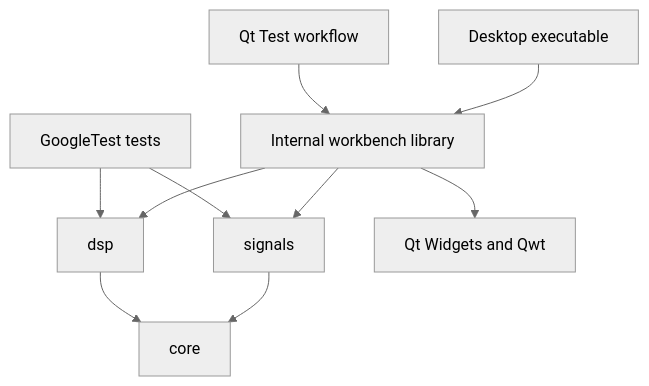
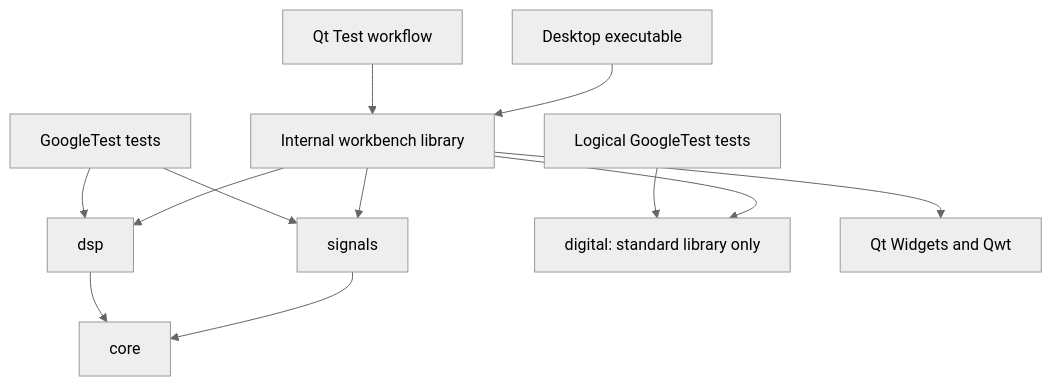
Before and after one commit to codyklein/open-ece: the diagram in docs/architecture.md, drawn with Mermaid (neutral theme). The commit also changed other lines of this file and 14 other files, not shown here.

Commit message:
Add Digital Logic editor and combinational workflow tests

````diff
--- a/docs/architecture.md
+++ b/docs/architecture.md
@@ -5,12 +5,14 @@
 ```mermaid
 flowchart TD
     App[Desktop executable] --> UI[Internal workbench library]
     UI --> Signals[signals]
     UI --> DSP[dsp]
+    UI --> Digital[digital: standard library only]
+    DigitalTests[Logical GoogleTest tests] --> Digital
     UI --> Qt[Qt Widgets and Qwt]
     Signals --> Core[core]
     DSP --> Core
     NumericalTests[GoogleTest tests] --> Signals
     NumericalTests --> DSP
     GuiTests[Qt Test workflow] --> UI
 ```
````
